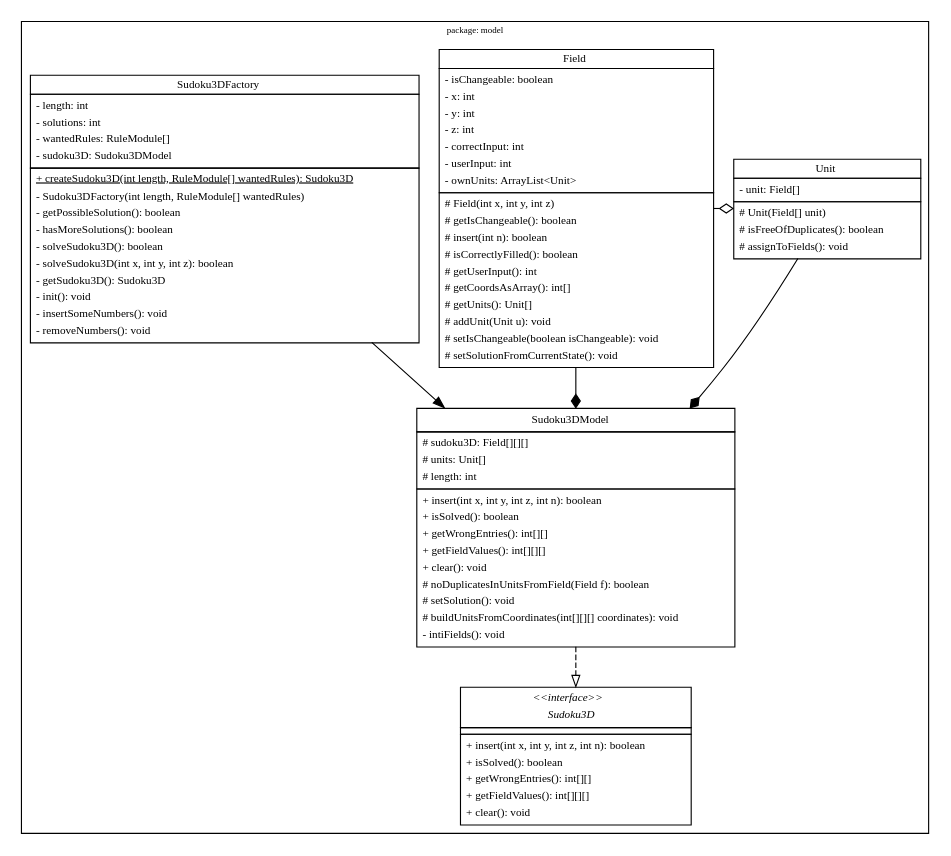
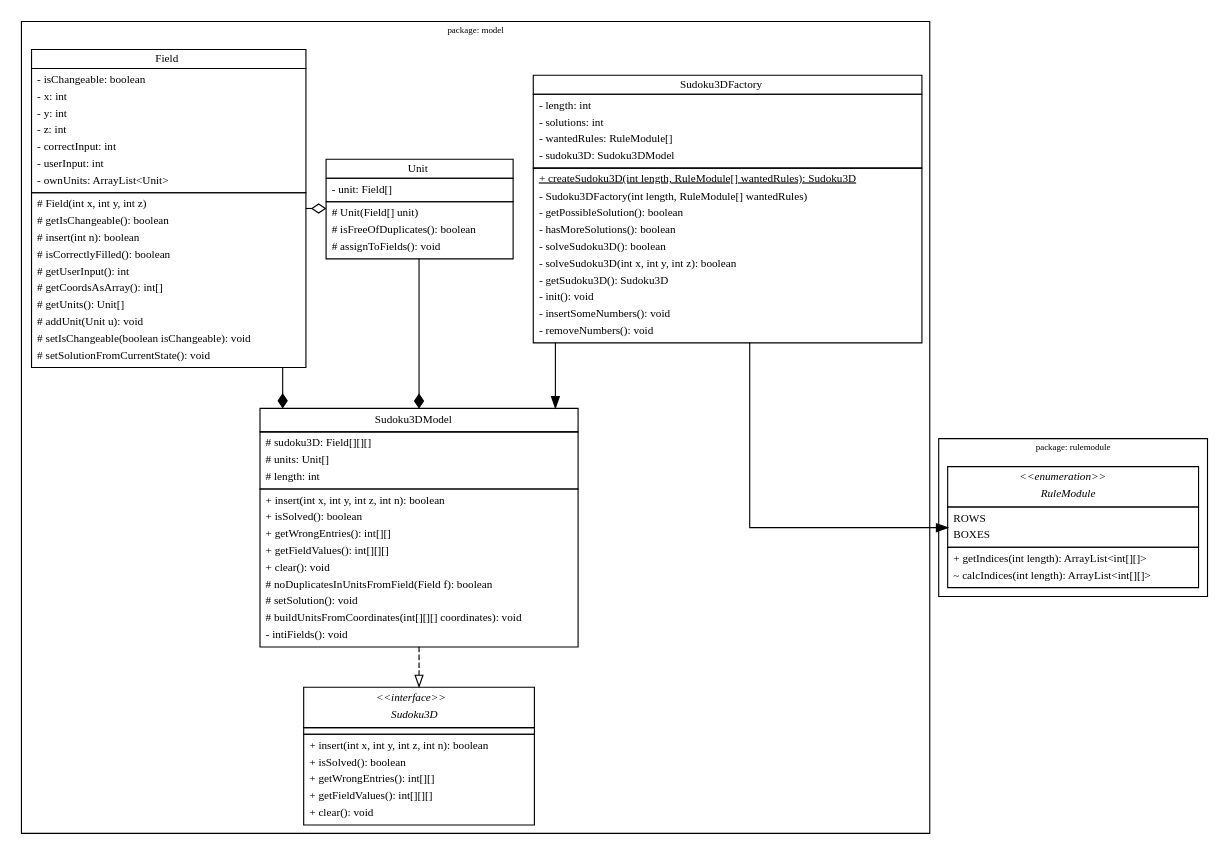
One commit to Mavpotter/Sudoku3D changed the diagram in doc/model.dot. Above: the diagram before and after it, drawn with Graphviz. The commit also changed 2 other files, not shown here.

Commit message:
created rulemodule

```diff
--- a/doc/model.dot
+++ b/doc/model.dot
@@ -1,4 +1,5 @@
 digraph G {
+    graph [splines=ortho]
     fontname = "Bitstream Vera Sans"
     fontsize = 8
 
@@ -183,7 +184,43 @@
         {rank="same" unit field}
     }
 
+    subgraph clusterrulemodule{
+
+        label = "package: rulemodule"
+
+        rulemodule [
+            label =
+            <<table border="0" cellspacing="0" cellborder="1">
+                <tr>
+                    <td>
+                        <table border="0" cellspacing="0" cellborder="0">
+                            <tr><td align="center"><i>&lt;&lt;enumeration&gt;&gt;</i></td></tr>
+                            <tr><td align="center"><i>RuleModule</i></td></tr>
+                        </table>
+                    </td>
+                </tr>
+                <tr>
+                    <td>
+                        <table border="0" cellspacing="0" cellborder="0">
+                            <tr><td align="left">ROWS</td></tr>
+                            <tr><td align="left">BOXES</td></tr>
+                        </table>
+                    </td>
+                </tr>
+                <tr>
+                    <td>
+                        <table border="0" cellspacing="0" cellborder="0">
+                            <tr><td align="left">+ getIndices(int length): ArrayList&lt;int[][]&gt;</td></tr>
+                            <tr><td align="left">~ calcIndices(int length): ArrayList&lt;int[][]&gt;</td></tr>
+                        </table>
+                    </td>
+                </tr>
+            </table>>
+        ]
+    }
+
     sudoku3dfactory -> sudoku3dmodel
+    sudoku3dfactory -> rulemodule
     field -> sudoku3dmodel [arrowhead=diamond]
     unit -> sudoku3dmodel [arrowhead=diamond]
     field -> unit [arrowhead=odiamond]
```
